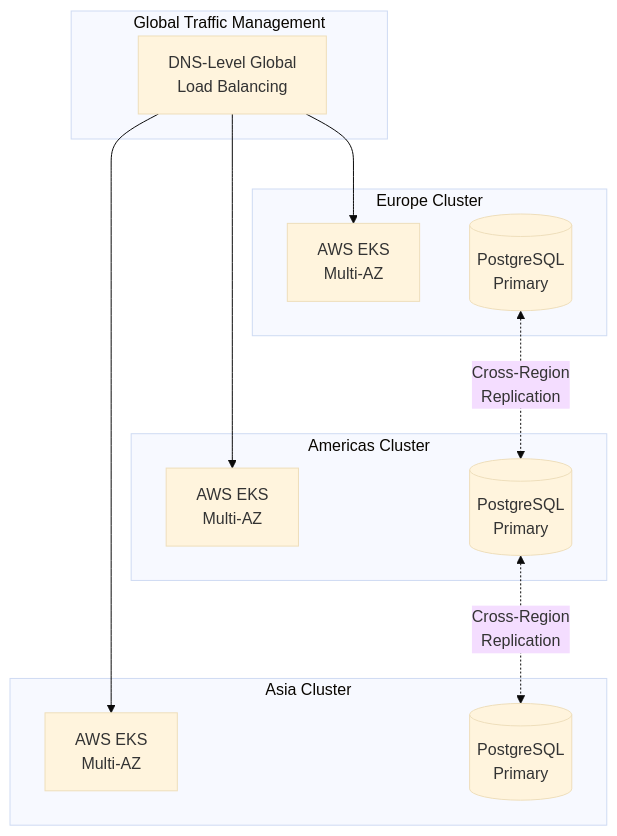
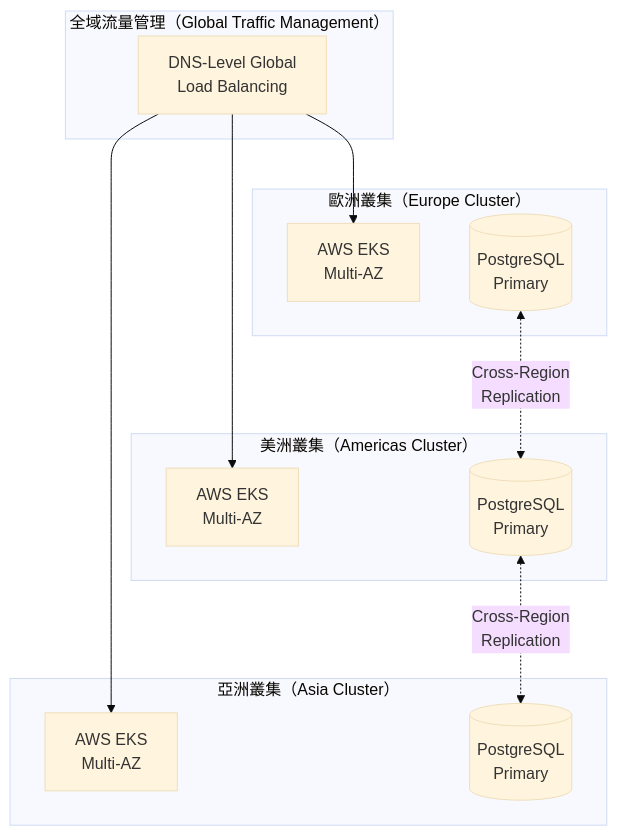
The third of 12 diagrams in docs/iGaming/architecture/00_Overview/Platform_Architecture.md (ron03wlb/smart-admin), drawn with Mermaid (base theme) before and after one commit. The commit also changed other lines of this file, not shown here.

First line of the commit message:
docs(iGaming): translate Platform_Architecture.md to Traditional Chinese

````diff
--- a/docs/iGaming/architecture/00_Overview/Platform_Architecture.md
+++ b/docs/iGaming/architecture/00_Overview/Platform_Architecture.md
@@ -199,28 +199,28 @@
 ```mermaid
 graph TB
-    subgraph Global["Global Traffic Management"]
+    subgraph Global["全域流量管理（Global Traffic Management）"]
         DNS[DNS-Level Global<br/>Load Balancing]
     end
 
-    subgraph EU["Europe Cluster"]
+    subgraph EU["歐洲叢集（Europe Cluster）"]
         EU_EKS[AWS EKS<br/>Multi-AZ]
         EU_DB[(PostgreSQL<br/>Primary)]
     end
 
-    subgraph US["Americas Cluster"]
+    subgraph US["美洲叢集（Americas Cluster）"]
         US_EKS[AWS EKS<br/>Multi-AZ]
         US_DB[(PostgreSQL<br/>Primary)]
     end
 
-    subgraph AP["Asia Cluster"]
+    subgraph AP["亞洲叢集（Asia Cluster）"]
         AP_EKS[AWS EKS<br/>Multi-AZ]
         AP_DB[(PostgreSQL<br/>Primary)]
     end
 
     DNS --> EU_EKS
     DNS --> US_EKS
     DNS --> AP_EKS
 
     EU_DB <-.->|Cross-Region<br/>Replication| US_DB
     US_DB <-.->|Cross-Region<br/>Replication| AP_DB
 ```
````
